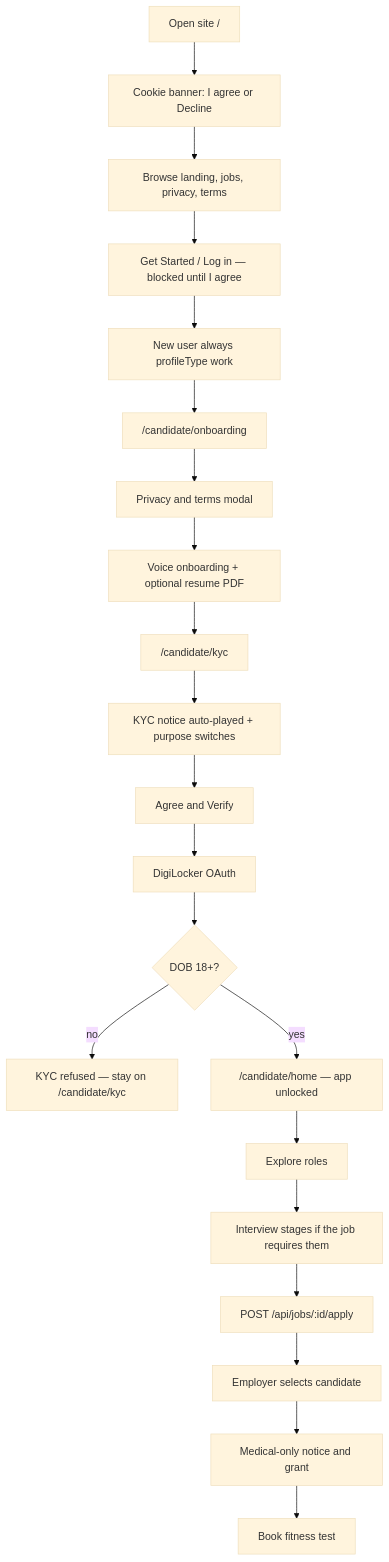
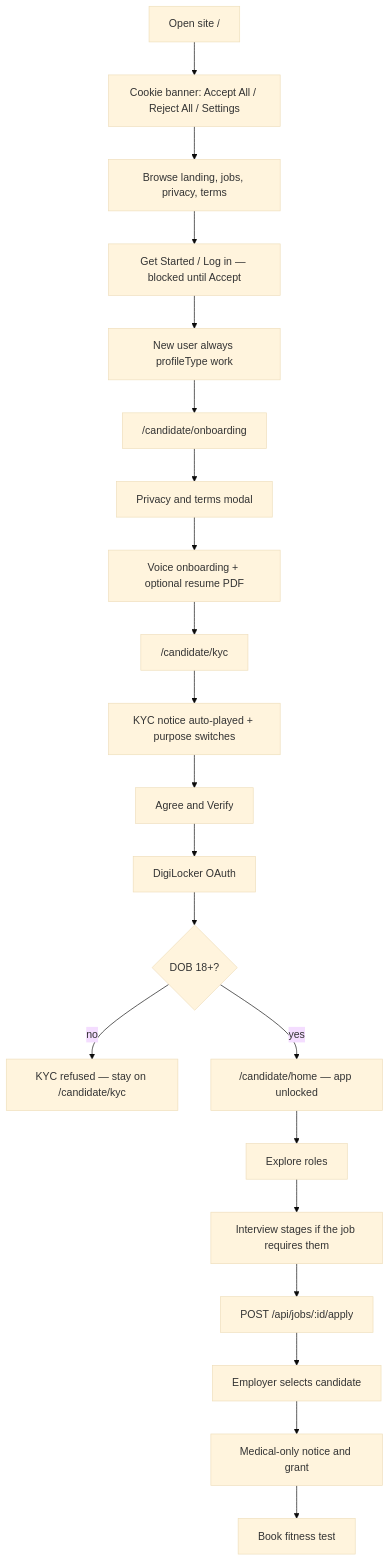
Before and after one commit to Agentic-Labs-India/Project-Bluecollarz: the diagram in docs/compliance/candidate-journey.md, drawn with Mermaid (base theme). The commit also changed other lines of this file and 7 other files, not shown here.

First line of the commit message:
Update cookie consent banner and compliance documentation

````diff
--- a/docs/compliance/candidate-journey.md
+++ b/docs/compliance/candidate-journey.md
@@ -15,23 +15,23 @@
 ```mermaid
 flowchart TD
-  Open["Open site /"] --> Cookie["Cookie banner: I agree or Decline"]
+  Open["Open site /"] --> Cookie["Cookie banner: Accept All / Reject All / Settings"]
   Cookie --> Browse["Browse landing, jobs, privacy, terms"]
-  Browse --> Google["Get Started / Log in — blocked until I agree"]
+  Browse --> Google["Get Started / Log in — blocked until Accept"]
   Google --> Work["New user always profileType work"]
   Work --> OnboardPage["/candidate/onboarding"]
   OnboardPage --> Terms["Privacy and terms modal"]
   Terms --> Voice["Voice onboarding + optional resume PDF"]
   Voice --> KycPage["/candidate/kyc"]
   KycPage --> Notice["KYC notice auto-played + purpose switches"]
   Notice --> Agree["Agree and Verify"]
   Agree --> Digi["DigiLocker OAuth"]
   Digi --> Age{"DOB 18+?"}
   Age -->|no| Fail["KYC refused — stay on /candidate/kyc"]
   Age -->|yes| Home["/candidate/home — app unlocked"]
   Home --> Explore["Explore roles"]
   Explore --> Interview["Interview stages if the job requires them"]
   Interview --> Apply["POST /api/jobs/:id/apply"]
   Apply --> Selected["Employer selects candidate"]
   Selected --> MedConsent["Medical-only notice and grant"]
   MedConsent --> Book["Book fitness test"]
 ```
````
